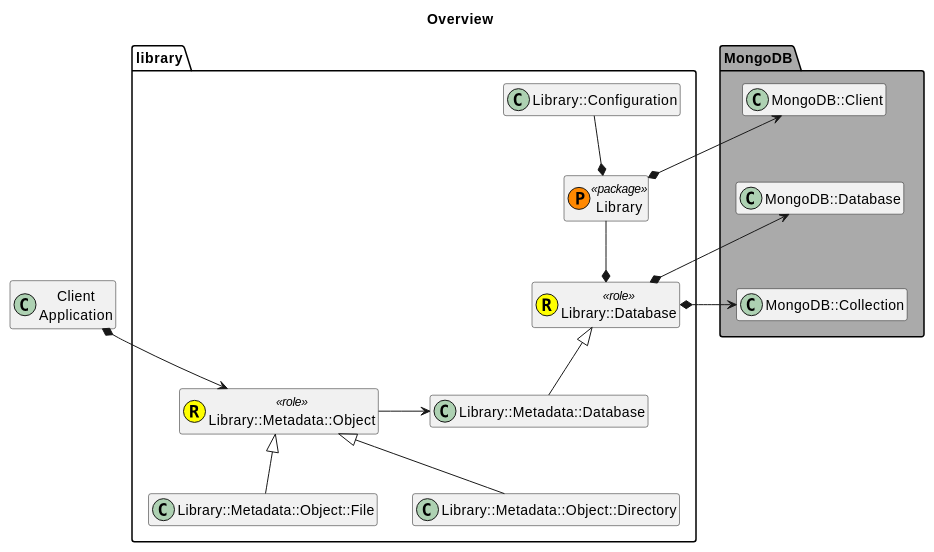
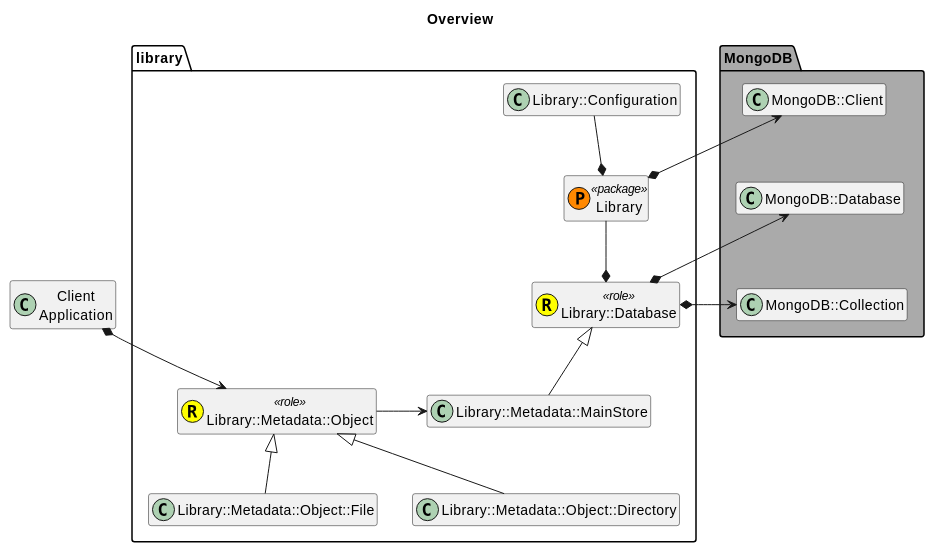
One commit to MARTIMM/Library changed the third of 3 diagrams in doc/requirements.md. Above: the diagram before and after it, drawn with PlantUML. The commit also changed other lines of this file and 2 other files, not shown here.

````diff
--- a/doc/requirements.md
+++ b/doc/requirements.md
@@ -472,44 +463,44 @@
 ```plantuml
 
 title Overview
 
 hide members
 class Client as "Client\nApplication"
 
 package MongoDB #AAAAAA {
   'set namespaceSeparator ::
   class MC as "MongoDB::Client"
   class MDB as "MongoDB::Database"
   class MCL as "MongoDB::Collection"
 
   MC -[hidden]- MDB
   MDB -[hidden]- MCL
 }
 
 package library #FFFFFF {
 
   class L as "Library" << (P,#FF8800) package >>
   class LC as "Library::Configuration"
   class LD as "Library::Database" << (R,#FFFF00) role >>
-  class LMD as "Library::Metadata::Database"
+  class LMD as "Library::Metadata::MainStore"
   class Obj as "Library::Metadata::Object" << (R,#FFFF00) role >>
   class OTF as "Library::Metadata::Object::File"
   class OTD as "Library::Metadata::Object::Directory"
 
   MC <--* L
   LC --* L
 
   L --* LD
   MDB <-right-* LD
   MCL <-right-* LD
 
   Client *--> Obj
   LD <|-- LMD
 
   'LMD <- Obj
   Obj -> LMD
   Obj <|-- OTF
   Obj <|-- OTD
 }
 
 ```
````
